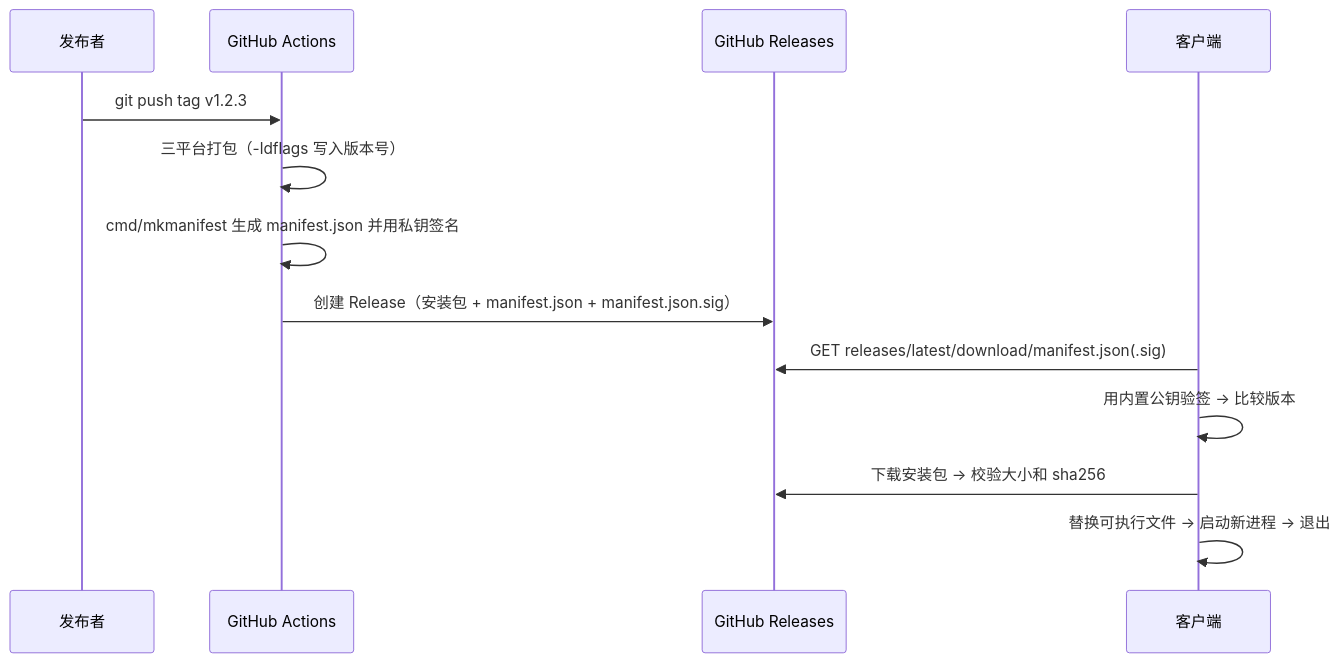
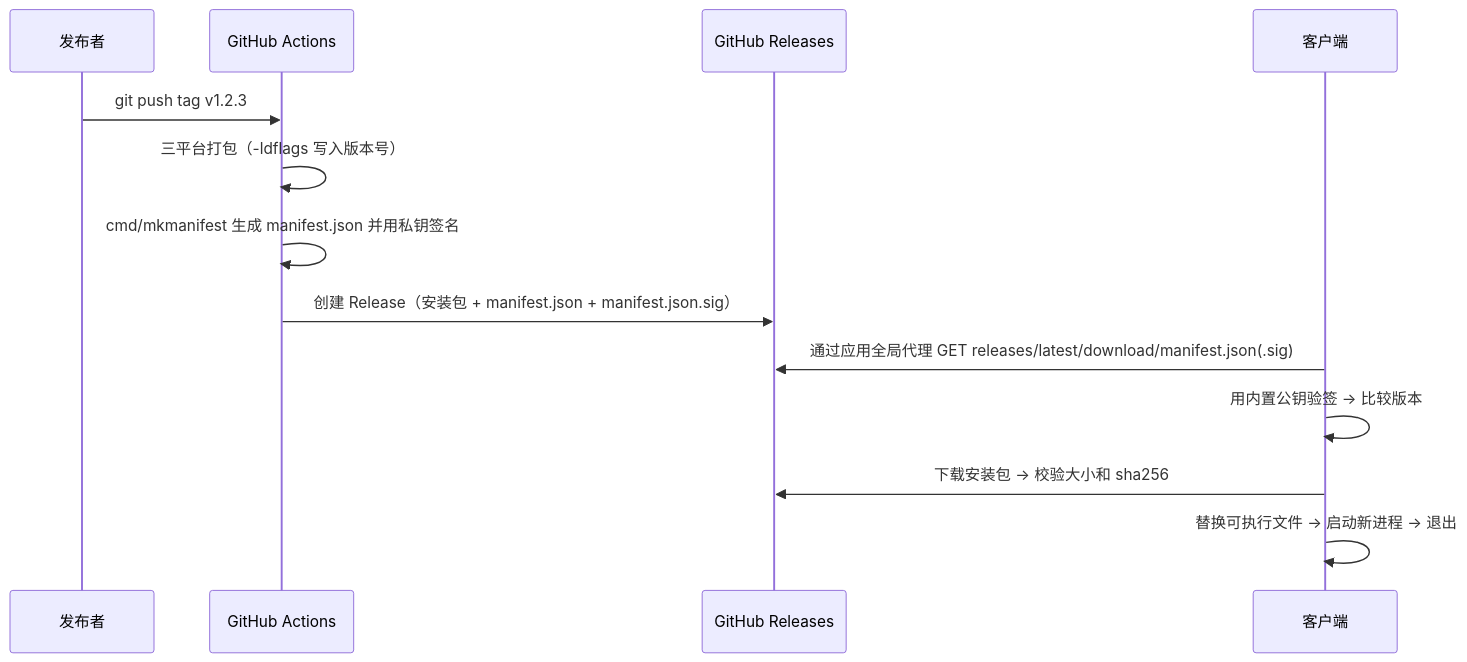
One commit to crazyjums/mosaic changed the diagram in docs/design/auto-update.md. Above: the diagram before and after it, drawn with Mermaid. The commit also changed other lines of this file, not shown here.

````diff
--- a/docs/design/auto-update.md
+++ b/docs/design/auto-update.md
@@ -11,15 +11,15 @@
 ```mermaid
 sequenceDiagram
     participant Dev as 发布者
     participant CI as GitHub Actions
     participant GH as GitHub Releases
     participant App as 客户端
     Dev->>CI: git push tag v1.2.3
     CI->>CI: 三平台打包（-ldflags 写入版本号）
     CI->>CI: cmd/mkmanifest 生成 manifest.json 并用私钥签名
     CI->>GH: 创建 Release（安装包 + manifest.json + manifest.json.sig）
-    App->>GH: GET releases/latest/download/manifest.json(.sig)
+    App->>GH: 通过应用全局代理 GET releases/latest/download/manifest.json(.sig)
     App->>App: 用内置公钥验签 → 比较版本
     App->>GH: 下载安装包 → 校验大小和 sha256
     App->>App: 替换可执行文件 → 启动新进程 → 退出
 ```
````
